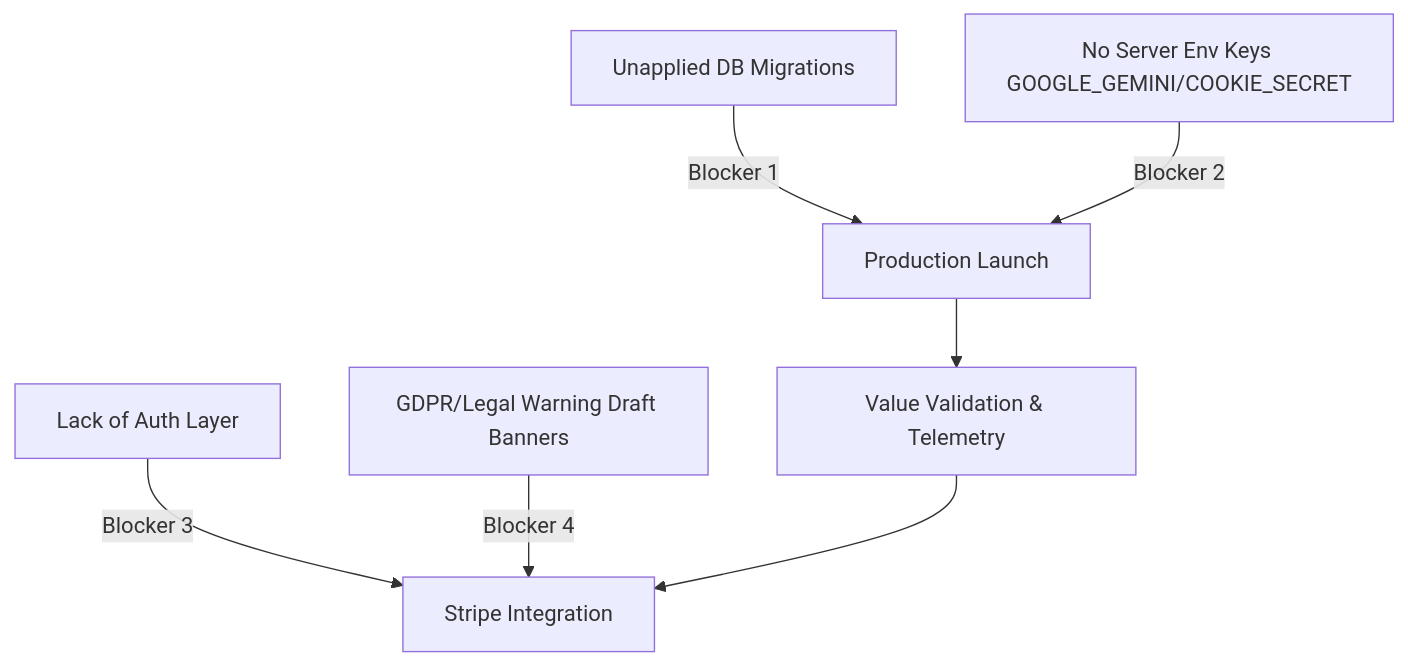
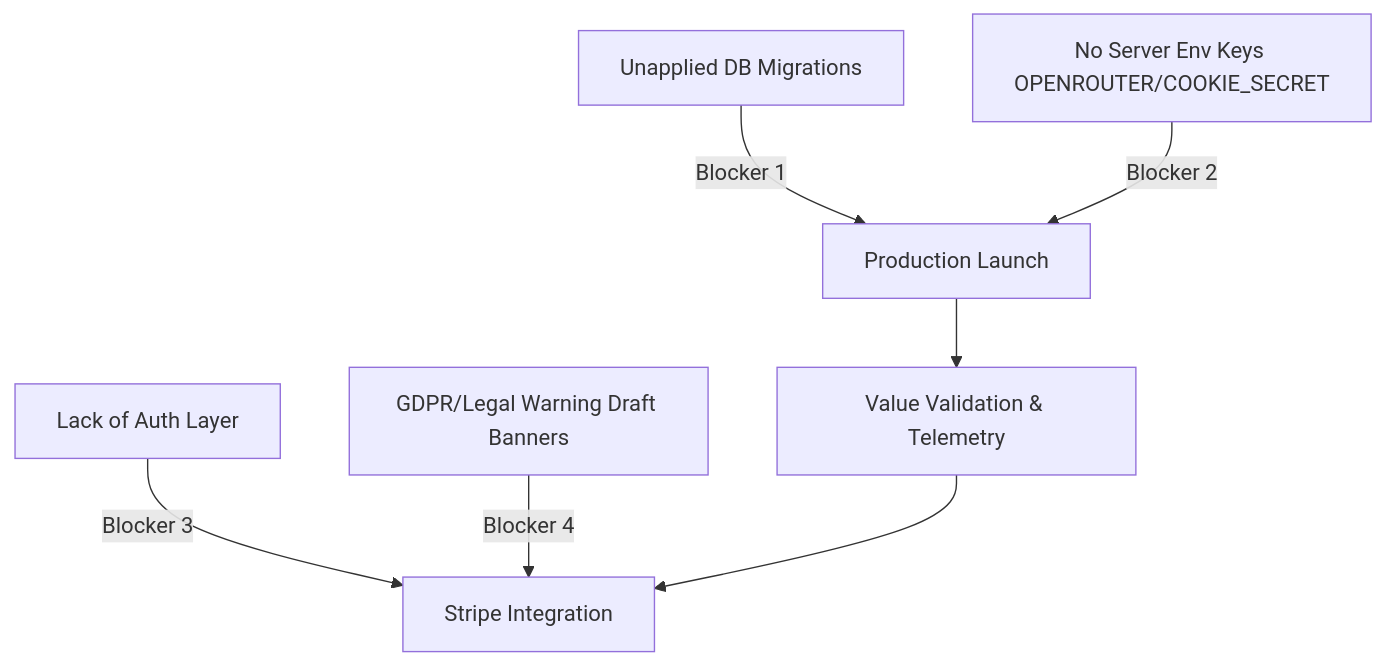
The diagram in docs/paid-readiness-report.md (ChinskiKaczynski/promptpolish), drawn with Mermaid before and after one commit. The commit also changed other lines of this file and 44 other files, not shown here.

````diff
--- a/docs/paid-readiness-report.md
+++ b/docs/paid-readiness-report.md
@@ -92,9 +92,9 @@
 ```mermaid
 graph TD
     A[Unapplied DB Migrations] -->|Blocker 1| E[Production Launch]
-    B[No Server Env Keys GOOGLE_GEMINI/COOKIE_SECRET] -->|Blocker 2| E
+    B[No Server Env Keys OPENROUTER/COOKIE_SECRET] -->|Blocker 2| E
     C[Lack of Auth Layer] -->|Blocker 3| F[Stripe Integration]
     D[GDPR/Legal Warning Draft Banners] -->|Blocker 4| F
     E --> G[Value Validation & Telemetry]
     G --> F
 ```
````
